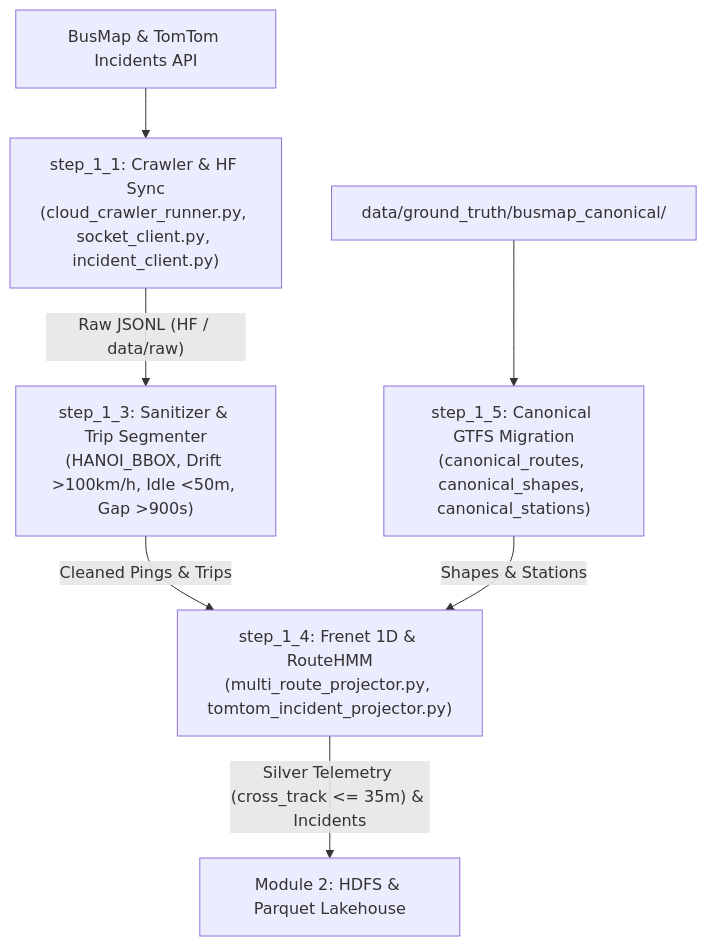
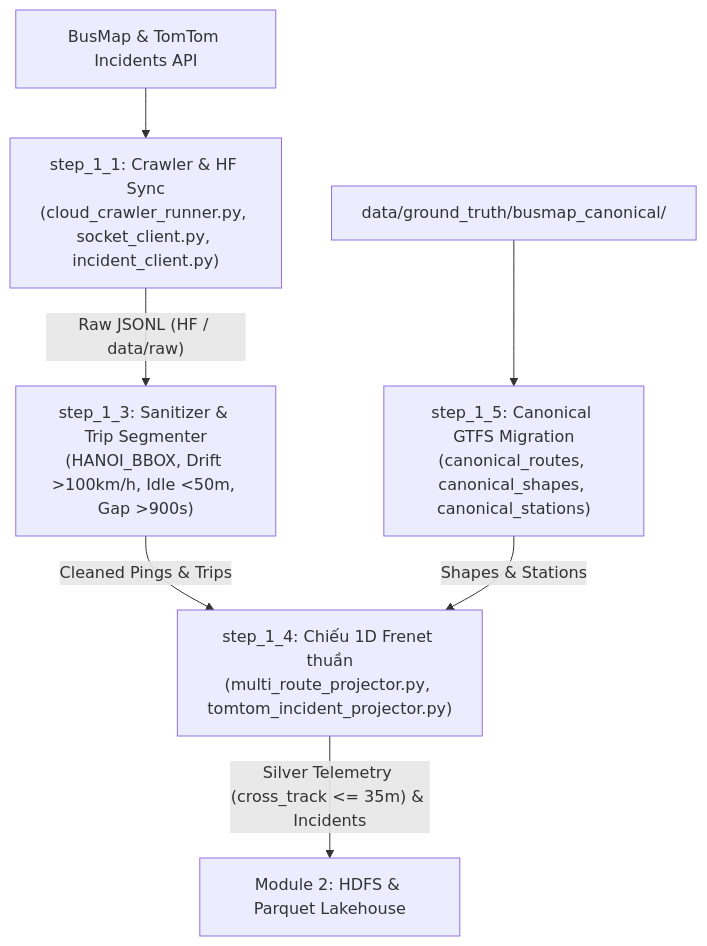
Before and after one commit to toibinguz/Bus_tracking: the diagram in module_1_data_ingestion_and_preprocessing/README.md, drawn with Mermaid. The commit also changed other lines of this file and 4 other files, not shown here.

Commit message:
docs: clarify RouteHMM runs only in Speed Layer while step_1_4 Batch uses pure 1D Frenet

````diff
--- a/module_1_data_ingestion_and_preprocessing/README.md
+++ b/module_1_data_ingestion_and_preprocessing/README.md
@@ -9,9 +9,9 @@
 ```mermaid
 flowchart TD
     BM["BusMap & TomTom Incidents API"] --> S11["step_1_1: Crawler & HF Sync\n(cloud_crawler_runner.py, socket_client.py, incident_client.py)"]
     S11 -->|"Raw JSONL (HF / data/raw)"| S13["step_1_3: Sanitizer & Trip Segmenter\n(HANOI_BBOX, Drift >100km/h, Idle <50m, Gap >900s)"]
     GTFS["data/ground_truth/busmap_canonical/"] --> S15["step_1_5: Canonical GTFS Migration\n(canonical_routes, canonical_shapes, canonical_stations)"]
-    S13 -->|"Cleaned Pings & Trips"| S14["step_1_4: Frenet 1D & RouteHMM\n(multi_route_projector.py, tomtom_incident_projector.py)"]
+    S13 -->|"Cleaned Pings & Trips"| S14["step_1_4: Chiếu 1D Frenet thuần\n(multi_route_projector.py, tomtom_incident_projector.py)"]
     S15 -->|"Shapes & Stations"| S14
     S14 -->|"Silver Telemetry (cross_track <= 35m) & Incidents"| M2["Module 2: HDFS & Parquet Lakehouse"]
 ```
````
